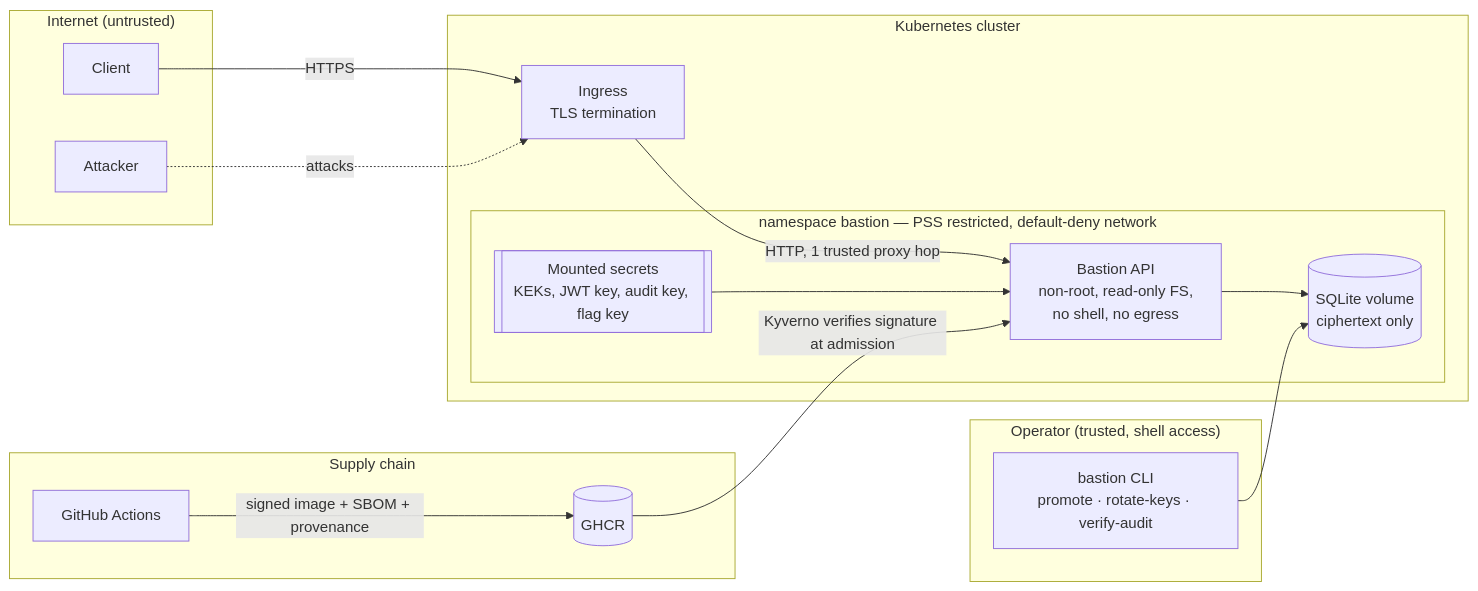
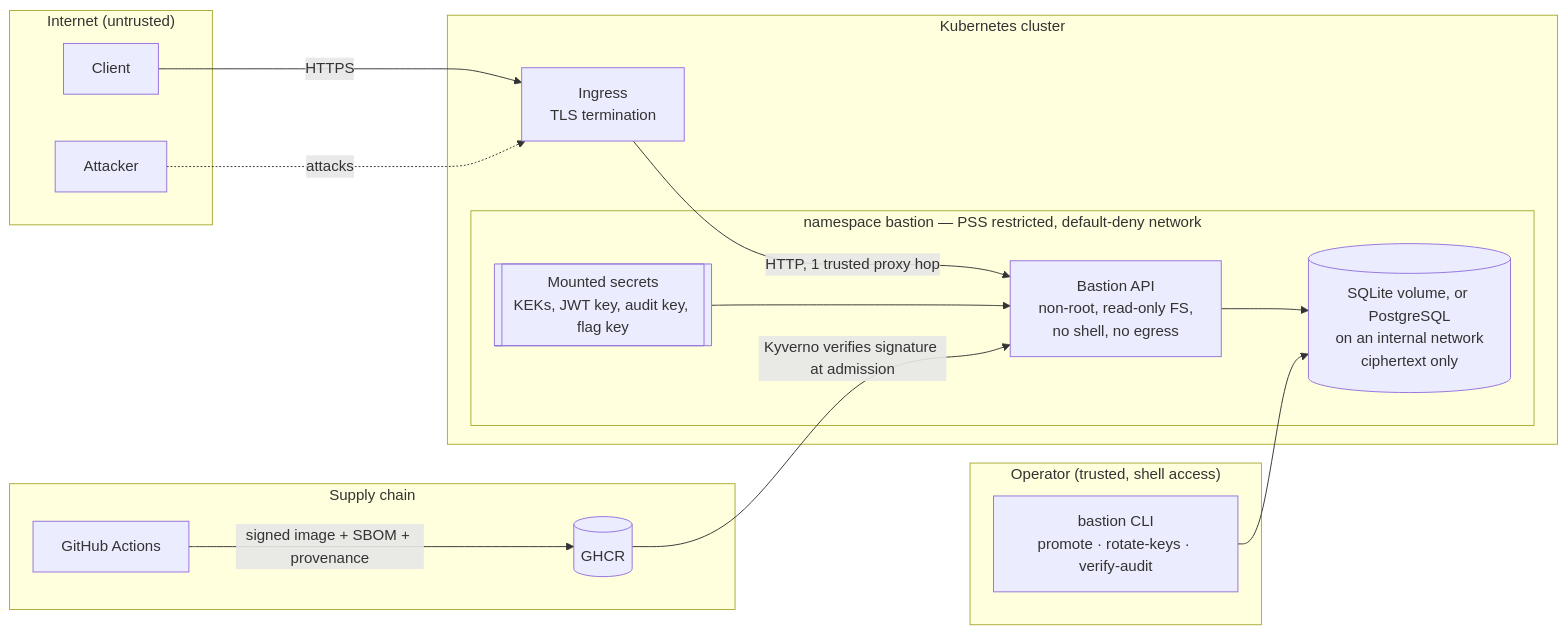
One commit to Azog1812/bastion-academy changed the diagram in docs/threat-model.md. Above: the diagram before and after it, drawn with Mermaid. The commit also changed other lines of this file and 30 other files, not shown here.

````diff
--- a/docs/threat-model.md
+++ b/docs/threat-model.md
@@ -31,31 +31,31 @@
 ```mermaid
 flowchart LR
   subgraph Internet["Internet (untrusted)"]
     C[Client]
     A[Attacker]
   end
   subgraph Cluster["Kubernetes cluster"]
     I[Ingress<br/>TLS termination]
     subgraph NS["namespace bastion — PSS restricted, default-deny network"]
       API[Bastion API<br/>non-root, read-only FS,<br/>no shell, no egress]
-      DB[(SQLite volume<br/>ciphertext only)]
+      DB[(SQLite volume, or PostgreSQL<br/>on an internal network<br/>ciphertext only)]
       S[[Mounted secrets<br/>KEKs, JWT key, audit key, flag key]]
     end
   end
   subgraph Ops["Operator (trusted, shell access)"]
     CLI[bastion CLI<br/>promote · rotate-keys · verify-audit]
   end
   subgraph Supply["Supply chain"]
     GH[GitHub Actions] -->|signed image + SBOM + provenance| R[(GHCR)]
   end
 
   C -- HTTPS --> I
   A -. attacks .-> I
   I -- "HTTP, 1 trusted proxy hop" --> API
   API --> DB
   S --> API
   CLI --> DB
   R -->|Kyverno verifies signature at admission| API
 
   classDef boundary stroke-dasharray: 5 5
 ```
````
